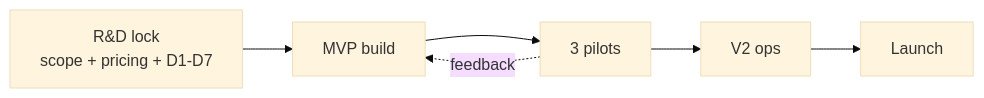
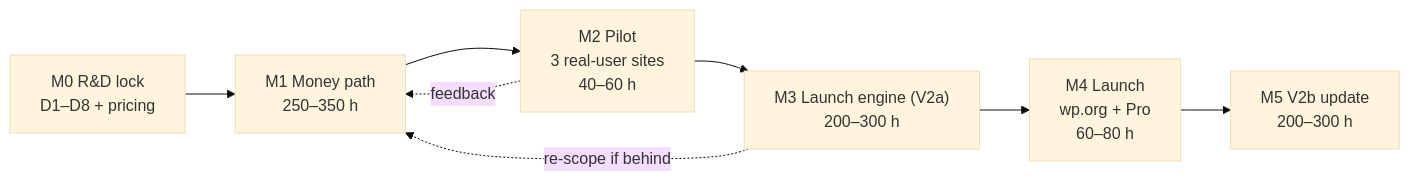
Before and after one commit to sakib3201/smooth-restaurant: the diagram in smooth-restuarant/07-roadmap-milestones.md, drawn with Mermaid (base theme). The commit also changed other lines of this file and 17 other files, not shown here.

````diff
--- a/smooth-restuarant/07-roadmap-milestones.md
+++ b/smooth-restuarant/07-roadmap-milestones.md
@@ -48,8 +21,10 @@
 ```mermaid
 flowchart LR
-    R["R&D lock<br/>scope + pricing + D1-D7"] --> M["MVP build"]
-    M --> P["3 pilots"]
-    P --> V["V2 ops"]
-    V --> L["Launch"]
+    R["M0 R&D lock<br/>D1–D8 + pricing"] --> M["M1 Money path<br/>250–350 h"]
+    M --> P["M2 Pilot<br/>3 real-user sites<br/>40–60 h"]
+    P --> V2A["M3 Launch engine (V2a)<br/>200–300 h"]
+    V2A --> L["M4 Launch<br/>wp.org + Pro<br/>60–80 h"]
+    L --> V2B["M5 V2b update<br/>200–300 h"]
     P -.->|feedback| M
+    V2A -.->|re-scope if behind| M
 ```
````
